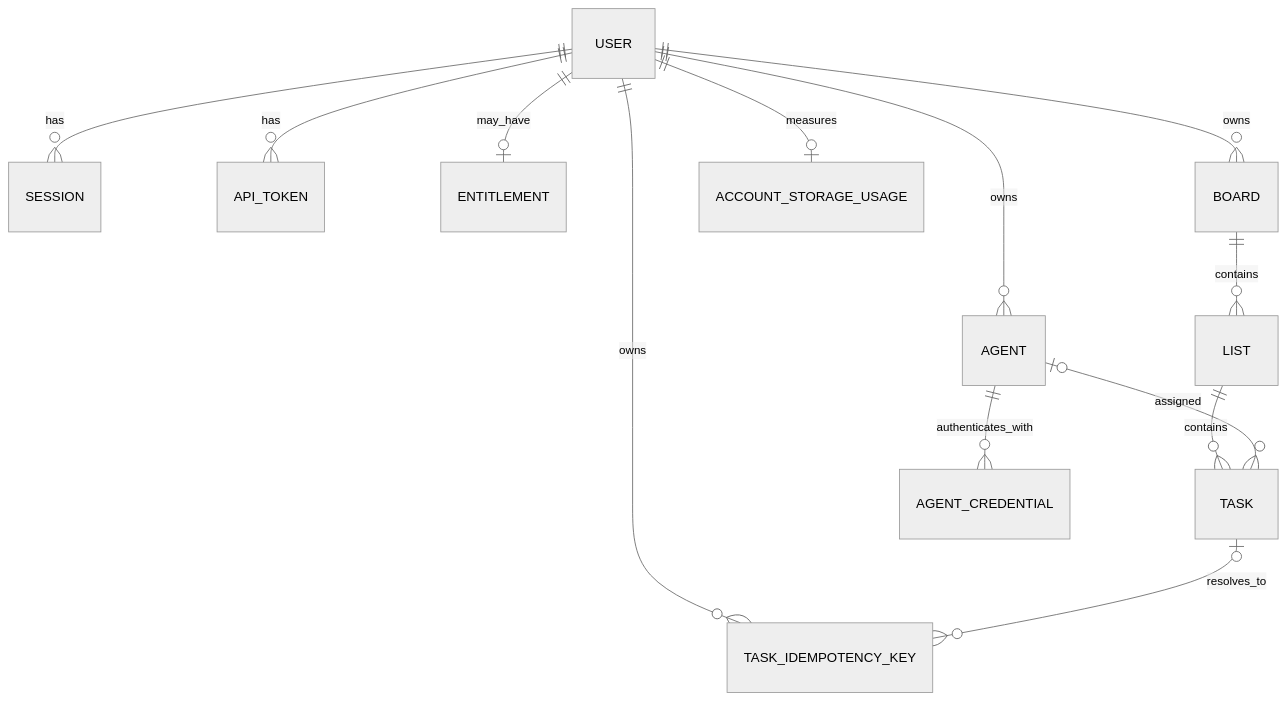
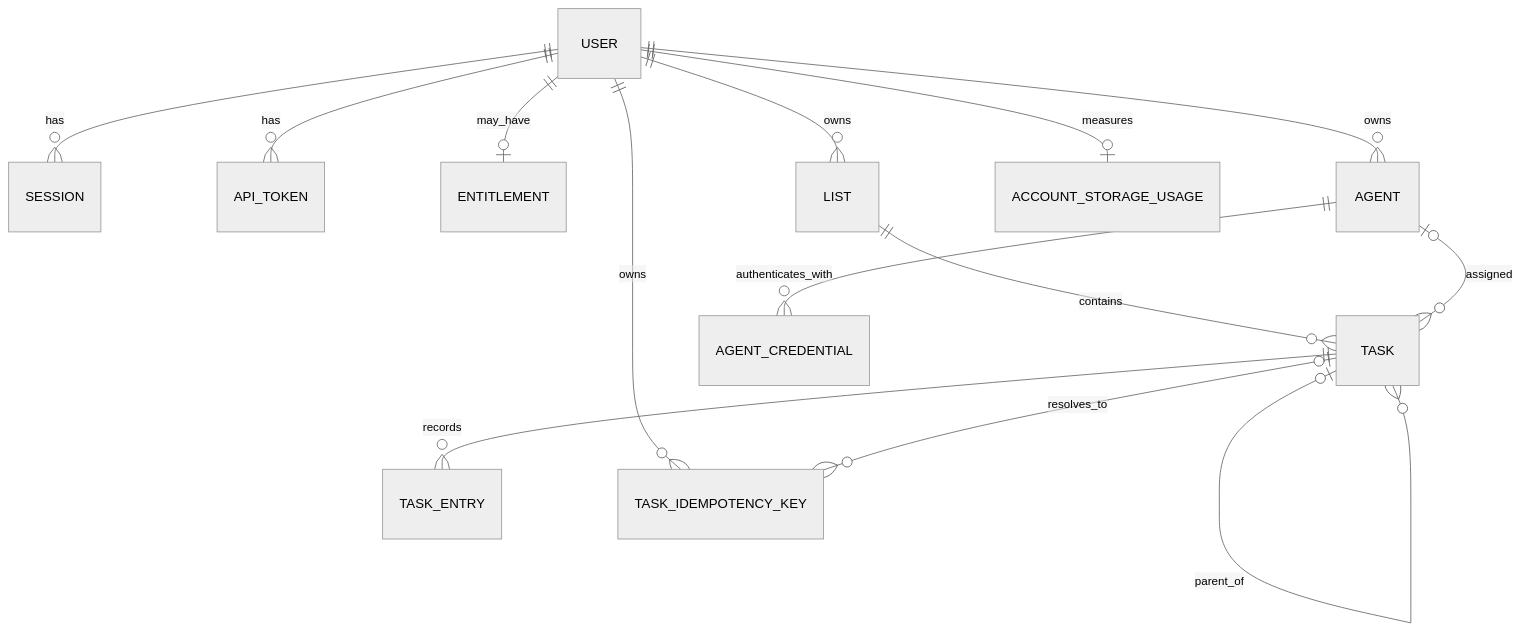
Before and after one commit to owainlewis/slate.do: the second of 2 diagrams in ARCHITECTURE.md, drawn with Mermaid (neutral theme). The commit also changed other lines of this file and 14 other files, not shown here.

````diff
--- a/ARCHITECTURE.md
+++ b/ARCHITECTURE.md
@@ -118,15 +125,16 @@
 ```mermaid
 erDiagram
     USER ||--o{ SESSION : has
     USER ||--o{ API_TOKEN : has
     USER ||--o| ENTITLEMENT : may_have
-    USER ||--o{ BOARD : owns
+    USER ||--o{ LIST : owns
     USER ||--o{ AGENT : owns
     USER ||--o| ACCOUNT_STORAGE_USAGE : measures
-    BOARD ||--o{ LIST : contains
     LIST ||--o{ TASK : contains
+    TASK o|--o{ TASK : parent_of
+    TASK ||--o{ TASK_ENTRY : records
     AGENT ||--o{ AGENT_CREDENTIAL : authenticates_with
     AGENT o|--o{ TASK : assigned
     USER ||--o{ TASK_IDEMPOTENCY_KEY : owns
     TASK o|--o{ TASK_IDEMPOTENCY_KEY : resolves_to
 ```
````
